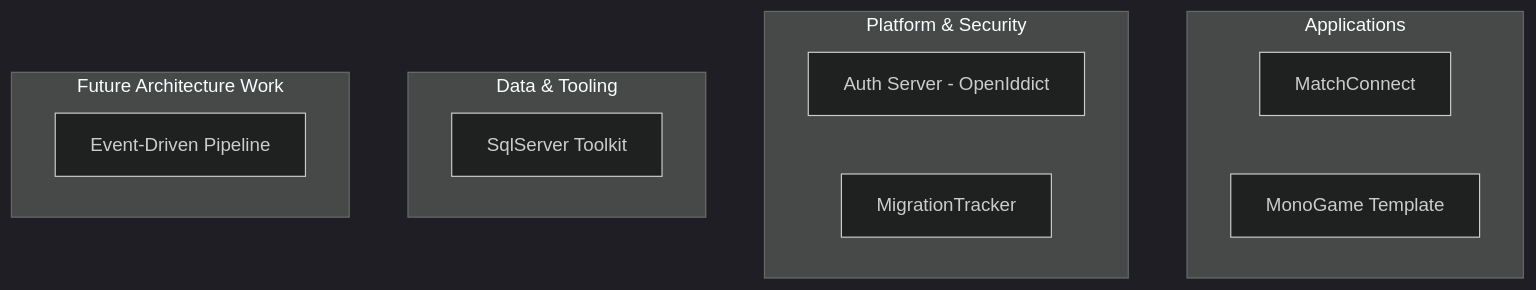
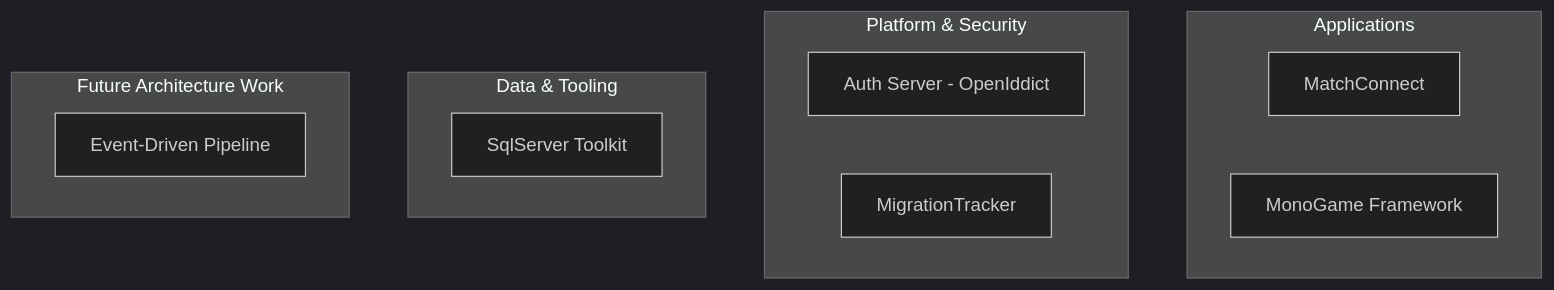
One commit to CatFortman/CatFortman changed the diagram in README.md. Above: the diagram before and after it, drawn with Mermaid (dark theme). The commit also changed other lines of this file, not shown here.

Commit message:
Update MonoGame project name in README

````diff
--- a/README.md
+++ b/README.md
@@ -71,21 +71,21 @@
 ```mermaid
 graph TB
 
 subgraph A[Applications]
 MC[MatchConnect]
-MG[MonoGame Template]
+MG[MonoGame Framework]
 end
 
 subgraph B[Platform & Security]
 AUTH[Auth Server - OpenIddict]
 MIG[MigrationTracker]
 end
 
 subgraph C[Data & Tooling]
 SQL[SqlServer Toolkit]
 end
 
 subgraph D[Future Architecture Work]
 AZ[Event-Driven Pipeline]
 end
 ```
````
